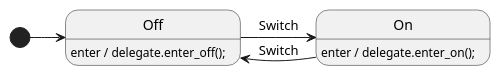
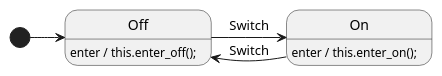
One commit to StateSmith/StateSmith changed the diagram in docs/languages/java/Lightbulb.puml. Above: the diagram before and after it, drawn with PlantUML. The commit also changed 4 other files, not shown here.

```diff
--- a/docs/languages/java/Lightbulb.puml
+++ b/docs/languages/java/Lightbulb.puml
@@ -1,12 +1,12 @@
 @startuml
 [*] -> Off
 Off -> On : Switch
 On -> Off : Switch
 
 ' Use actions to call functions on various triggers, 
 ' such as entering or exiting a state.
 ' You can call these functions whatever you want.
 ' You will define these functions in your callback.
-Off: enter / delegate.enter_off();
-On: enter / delegate.enter_on();
+Off: enter / this.enter_off();
+On: enter / this.enter_on();
 @enduml
```
